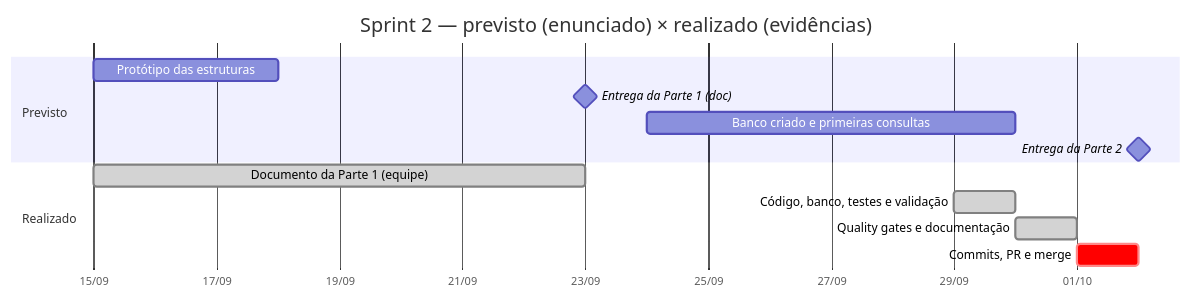
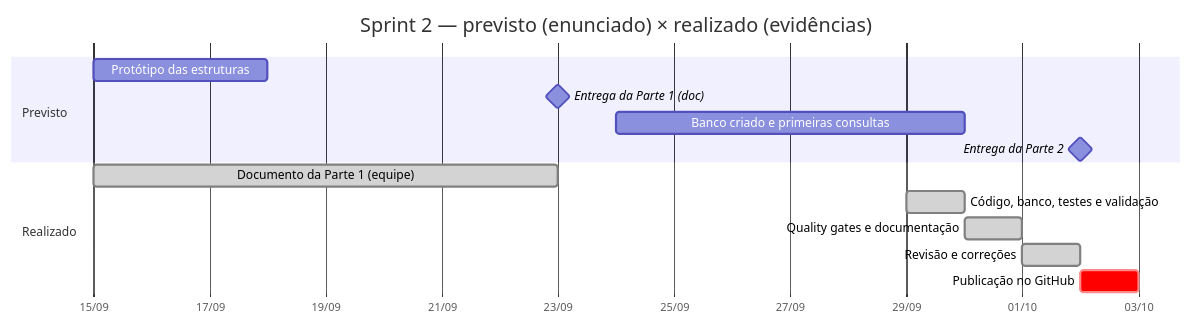
The first of 2 diagrams in docs/parte4/README.md (guilhermercmoraes-tech/PI2_Sprint2-Grupo-1-UFT), drawn with Mermaid before and after one commit. The commit also changed other lines of this file and 23 other files, not shown here.

````diff
--- a/docs/parte4/README.md
+++ b/docs/parte4/README.md
@@ -23,16 +23,17 @@
 ```mermaid
 gantt
     title Sprint 2 — previsto (enunciado) × realizado (evidências)
     dateFormat YYYY-MM-DD
     axisFormat %d/%m
     section Previsto
     Protótipo das estruturas           :p1, 2026-09-15, 2026-09-18
     Entrega da Parte 1 (doc)           :milestone, m1, 2026-09-23, 0d
     Banco criado e primeiras consultas :p2, 2026-09-24, 2026-09-30
     Entrega da Parte 2                 :milestone, m2, 2026-10-02, 0d
     section Realizado
     Documento da Parte 1 (equipe)      :done, r0, 2026-09-15, 2026-09-23
     Código, banco, testes e validação  :done, r1, 2026-09-29, 2026-09-30
     Quality gates e documentação       :done, r2, 2026-09-30, 2026-10-01
-    Commits, PR e merge                :crit, r3, 2026-10-01, 2026-10-02
+    Revisão e correções               :done, r3, 2026-10-01, 2026-10-02
+    Publicação no GitHub              :crit, r4, 2026-10-02, 2026-10-03
 ```
````
